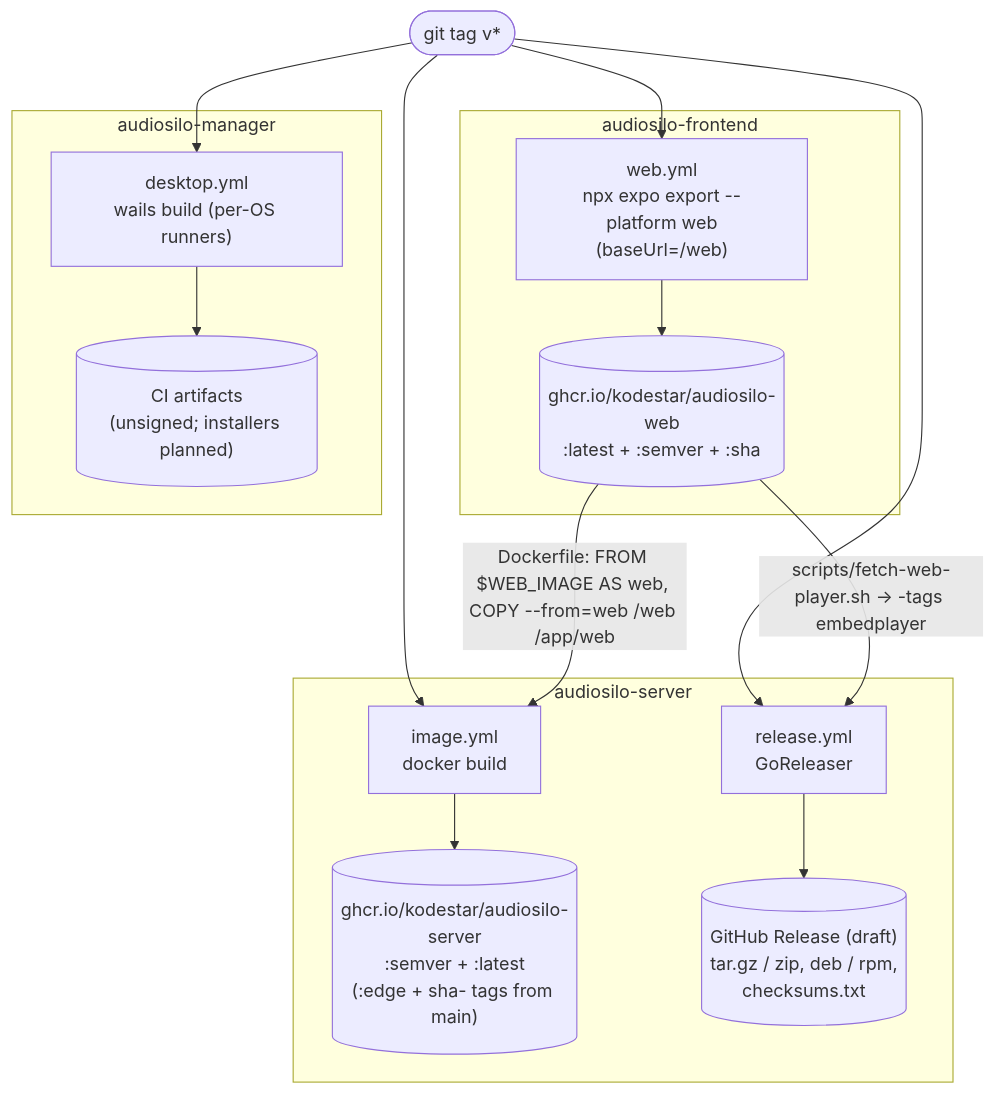
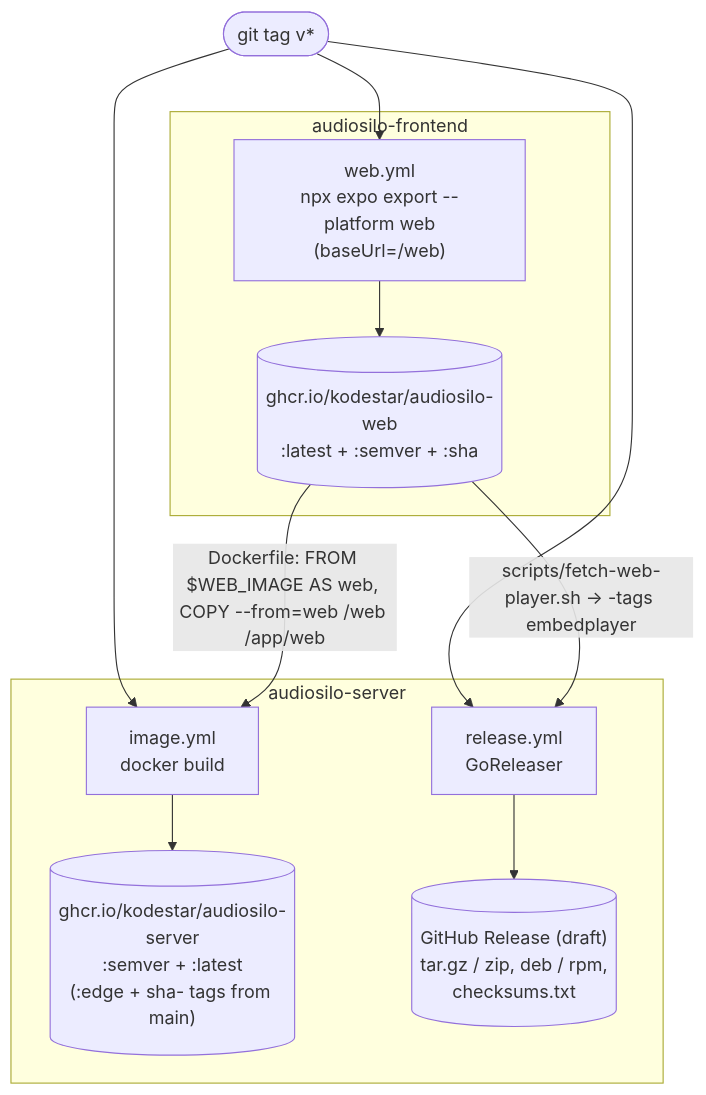
The diagram in docs-developers/architecture/release-pipeline.md (KodeStar/audiosilo-docs), drawn with Mermaid before and after one commit. The commit also changed other lines of this file and 55 other files, not shown here.

First line of the commit message:
Remove the desktop manager from the docs

````diff
--- a/docs-developers/architecture/release-pipeline.md
+++ b/docs-developers/architecture/release-pipeline.md
@@ -21,32 +21,25 @@
 ```mermaid
 flowchart TB
     tag(["git tag v*"])
 
     subgraph fe["audiosilo-frontend"]
         webyml["web.yml<br/>npx expo export --platform web<br/>(baseUrl=/web)"]
         webimg[("ghcr.io/kodestar/audiosilo-web<br/>:latest + :semver + :sha")]
         webyml --> webimg
     end
 
     subgraph srv["audiosilo-server"]
         imageyml["image.yml<br/>docker build"]
         srvimg[("ghcr.io/kodestar/audiosilo-server<br/>:semver + :latest<br/>(:edge + sha- tags from main)")]
         relyml["release.yml<br/>GoReleaser"]
         ghrel[("GitHub Release (draft)<br/>tar.gz / zip, deb / rpm,<br/>checksums.txt")]
         imageyml --> srvimg
         relyml --> ghrel
     end
 
-    subgraph mgr["audiosilo-manager"]
-        desktopyml["desktop.yml<br/>wails build (per-OS runners)"]
-        artifacts[("CI artifacts<br/>(unsigned; installers planned)")]
-        desktopyml --> artifacts
-    end
-
     tag --> webyml
     tag --> imageyml
     tag --> relyml
-    tag --> desktopyml
     webimg -->|"Dockerfile: FROM $WEB_IMAGE AS web, COPY --from=web /web /app/web"| imageyml
     webimg -->|"scripts/fetch-web-player.sh → -tags embedplayer"| relyml
 ```
````
